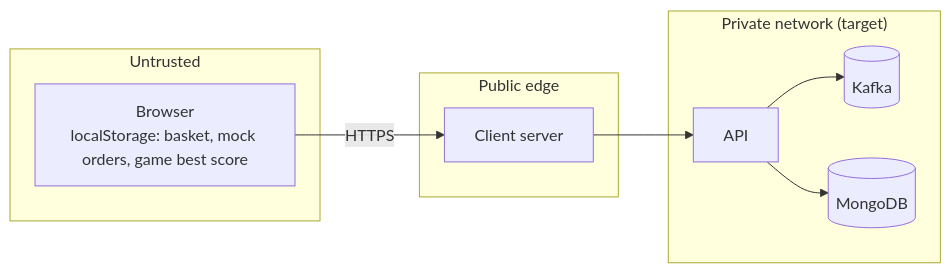
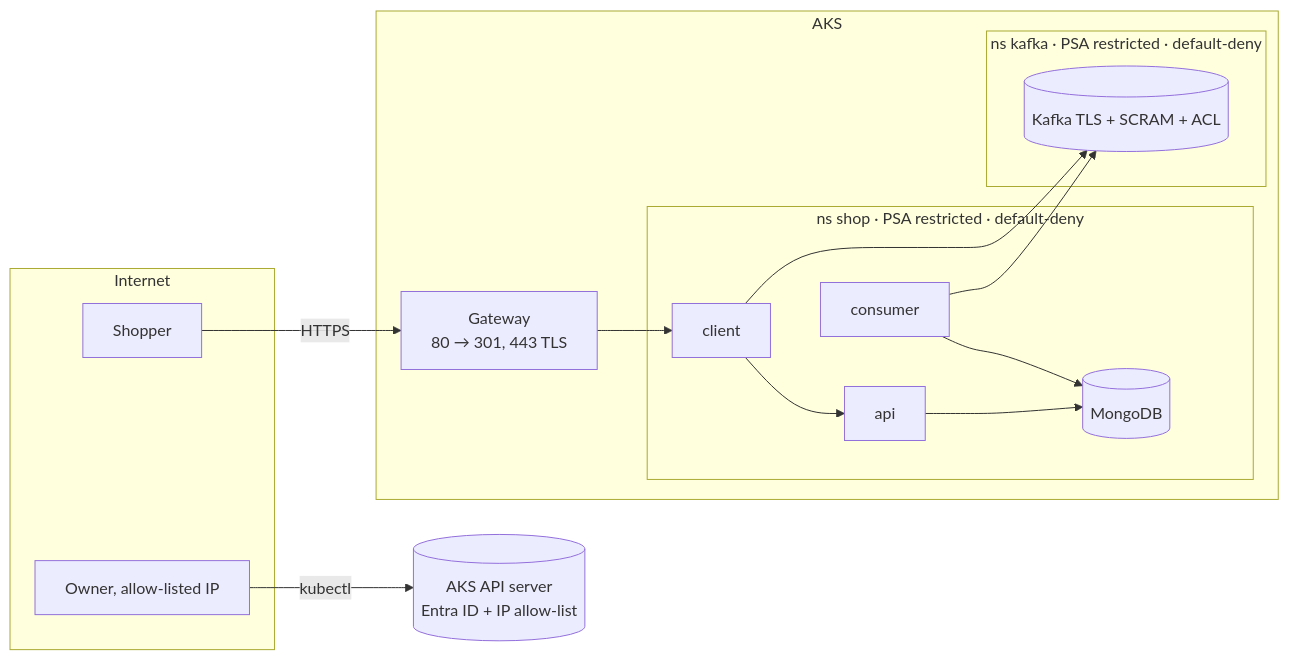
Before and after one commit to yaninagroisman/shop-azure-cicd: the diagram in docs/SECURITY.md, drawn with Mermaid. The commit also changed other lines of this file and 13 other files, not shown here.

````diff
--- a/docs/SECURITY.md
+++ b/docs/SECURITY.md
@@ -26,17 +50,23 @@
 ```mermaid
 flowchart LR
-    subgraph Untrusted
-        B[Browser<br/>localStorage: basket, mock orders, game best score]
+    subgraph Internet
+        U[Shopper]
+        ADM[Owner, allow-listed IP]
     end
-    subgraph "Public edge"
-        C[Client server]
+    subgraph AKS
+        GW[Gateway<br/>80 → 301, 443 TLS]
+        subgraph shop[ns shop · PSA restricted · default-deny]
+            C[client] --> A[api]
+            A --> M[(MongoDB)]
+            CO[consumer] --> M
+        end
+        subgraph kafka[ns kafka · PSA restricted · default-deny]
+            K[(Kafka TLS + SCRAM + ACL)]
+        end
+        C --> K
+        CO --> K
     end
-    subgraph "Private network (target)"
-        A[API]
-        K[(Kafka)]
-        M[(MongoDB)]
-    end
-    B -->|HTTPS| C --> A
-    A --> K
-    A --> M
+    API[(AKS API server<br/>Entra ID + IP allow-list)]
+    U -->|HTTPS| GW --> C
+    ADM -->|kubectl| API
 ```
````
